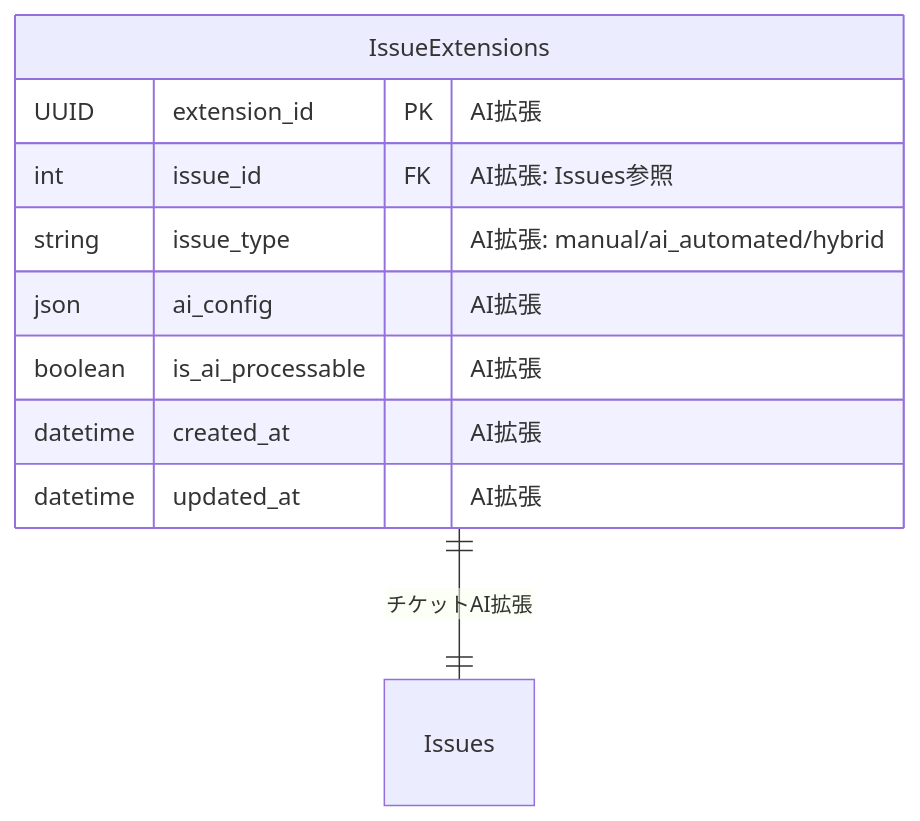
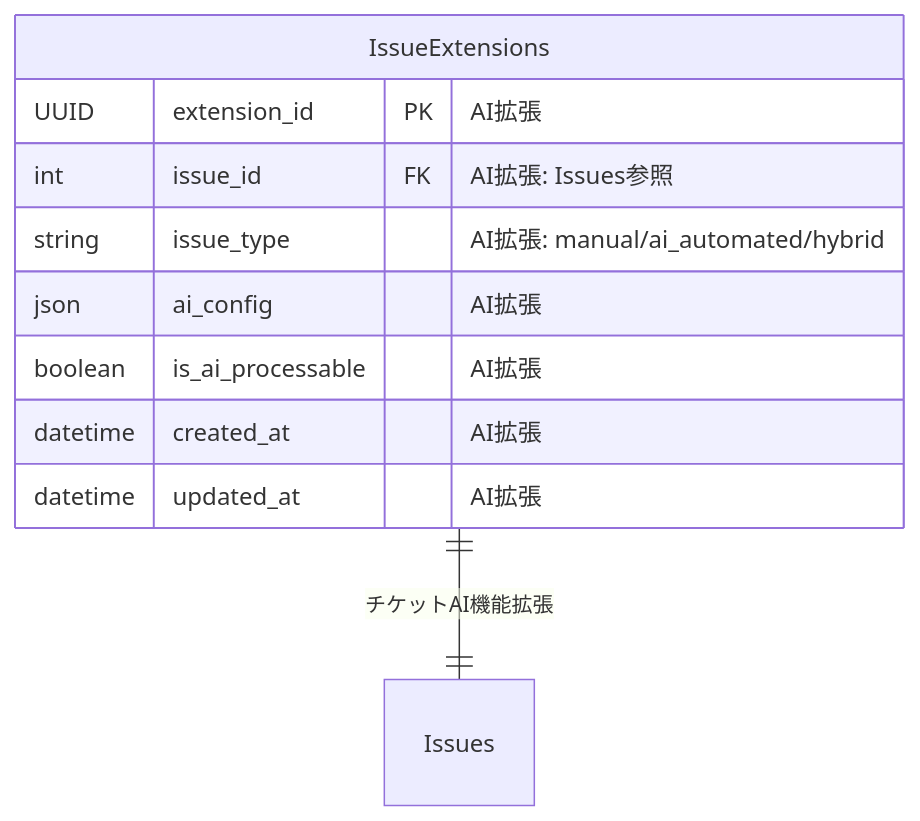
Before and after one commit to daichiTAAA/AgentOpsPlatform: the tenth of 29 diagrams in docs/030000_設計/035000_データ設計/035010_ER図.md, drawn with Mermaid. The commit also changed other lines of this file, not shown here.

````diff
--- a/docs/030000_設計/035000_データ設計/035010_ER図.md
+++ b/docs/030000_設計/035000_データ設計/035010_ER図.md
@@ -416,13 +569,13 @@
 ```mermaid
 erDiagram
     IssueExtensions {
         UUID extension_id PK "AI拡張"
         int issue_id FK "AI拡張: Issues参照"
         string issue_type "AI拡張: manual/ai_automated/hybrid"
         json ai_config "AI拡張"
         boolean is_ai_processable "AI拡張"
         datetime created_at "AI拡張"
         datetime updated_at "AI拡張"
     }
-    IssueExtensions ||--|| Issues : "チケットAI拡張"
+    IssueExtensions ||--|| Issues : "チケットAI機能拡張"
 ```
````
